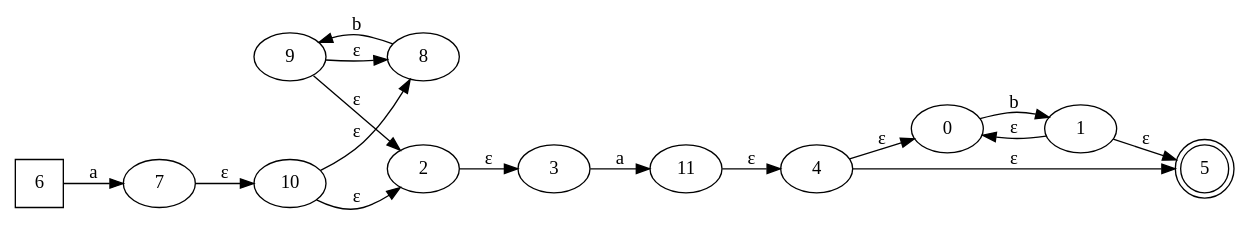
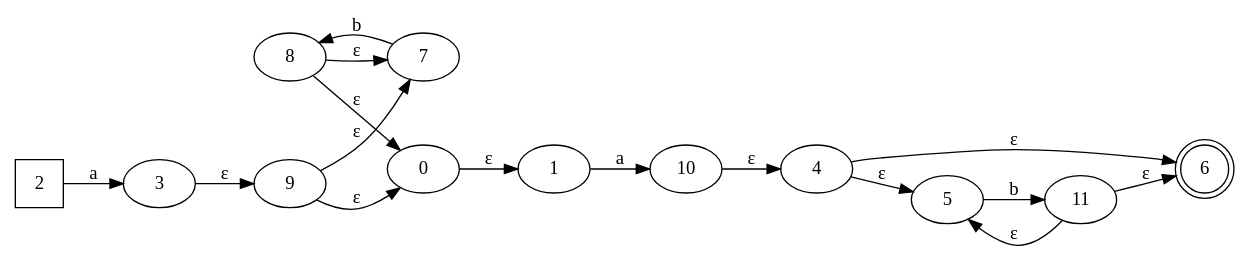
One commit to jav-ram/compis1 changed the diagram in graphs/afn/a.b*.a.b*.dot. Above: the diagram before and after it, drawn with Graphviz. The commit also changed 46 other files, not shown here.

```diff
--- a/graphs/afn/a.b*.a.b*.dot
+++ b/graphs/afn/a.b*.a.b*.dot
@@ -1,31 +1,31 @@
 digraph G {
 	rankdir=LR;
-	0->1[ label=b ];
-	2->3[ label=ɛ ];
-	4->0[ label=ɛ ];
+	0->1[ label=ɛ ];
+	2->3[ label=a ];
 	4->5[ label=ɛ ];
-	6->7[ label=a ];
-	8->9[ label=b ];
-	10->8[ label=ɛ ];
-	10->2[ label=ɛ ];
-	9->2[ label=ɛ ];
-	9->8[ label=ɛ ];
-	1->5[ label=ɛ ];
-	1->0[ label=ɛ ];
-	11->4[ label=ɛ ];
-	7->10[ label=ɛ ];
-	3->11[ label=a ];
+	4->6[ label=ɛ ];
+	7->8[ label=b ];
+	3->9[ label=ɛ ];
+	1->10[ label=a ];
+	11->6[ label=ɛ ];
+	11->5[ label=ɛ ];
+	10->4[ label=ɛ ];
+	9->7[ label=ɛ ];
+	9->0[ label=ɛ ];
+	8->0[ label=ɛ ];
+	8->7[ label=ɛ ];
+	5->11[ label=b ];
 	0;
 	1;
 	10;
 	11;
-	2;
+	2 [ shape=square ];
 	3;
 	4;
-	5 [ shape=doublecircle ];
-	6 [ shape=square ];
+	5;
+	6 [ shape=doublecircle ];
 	7;
 	8;
 	9;
 
 }
```
